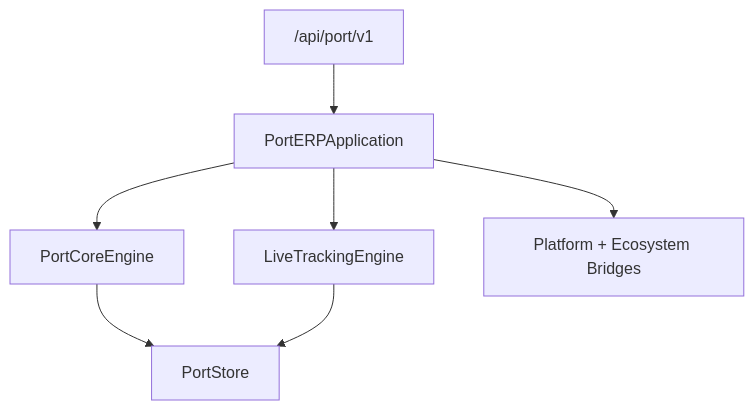
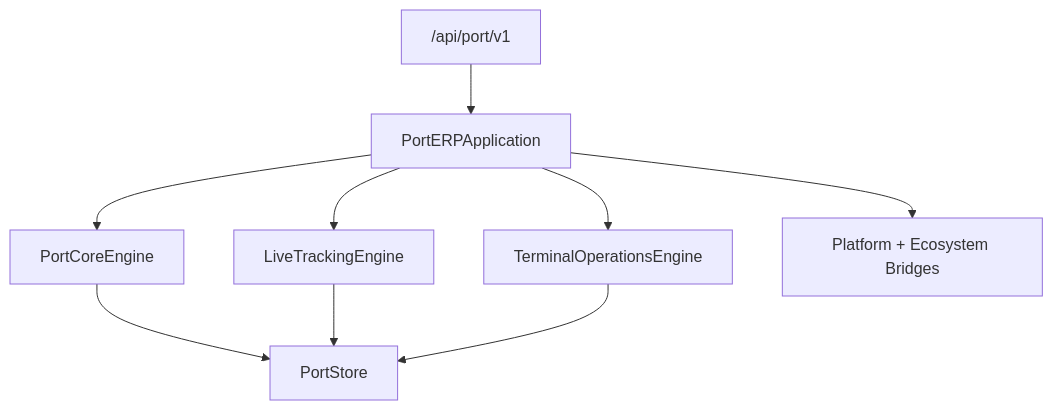
Before and after one commit to okeysiri11/telegram-ai-crm-bot: the diagram in docs/PORT_ERP.md, drawn with Mermaid. The commit also changed other lines of this file and 33 other files, not shown here.

````diff
--- a/docs/PORT_ERP.md
+++ b/docs/PORT_ERP.md
@@ -18,16 +19,19 @@
 ```mermaid
 flowchart TB
     API["/api/port/v1"]
     App[PortERPApplication]
     Core[PortCoreEngine]
     Track[LiveTrackingEngine]
+    Terminal[TerminalOperationsEngine]
     Bridges[Platform + Ecosystem Bridges]
     Store[PortStore]
 
     API --> App
     App --> Core
     App --> Track
+    App --> Terminal
     Core --> Store
     Track --> Store
+    Terminal --> Store
     App --> Bridges
 ```
````
